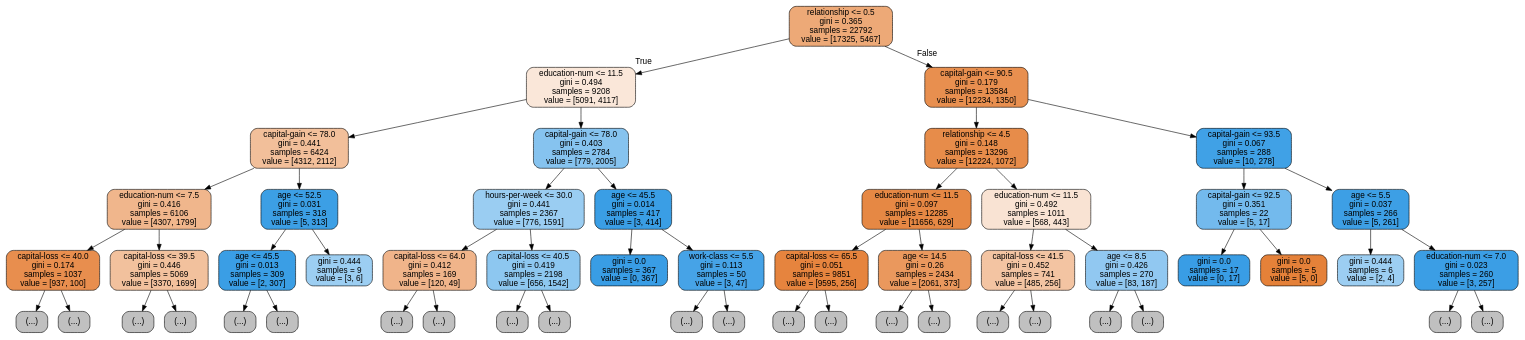
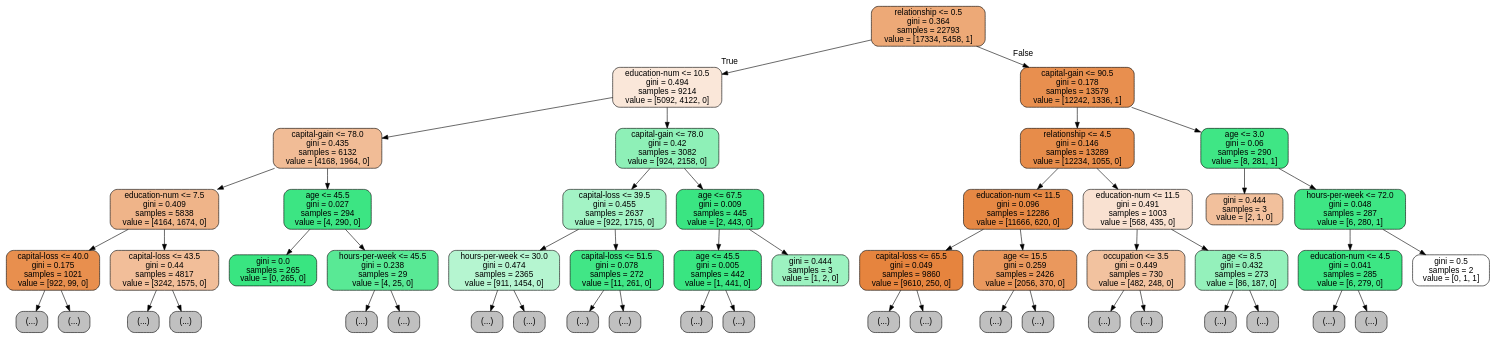
One commit to Banghyungjin/jupyter_test changed the diagram in tree.dot. Above: the diagram before and after it, drawn with Graphviz. The commit also changed 4 other files, not shown here.

```diff
--- a/tree.dot
+++ b/tree.dot
@@ -1,109 +1,105 @@
 digraph Tree {
 node [shape=box, style="filled, rounded", color="black", fontname=helvetica] ;
 edge [fontname=helvetica] ;
-0 [label="relationship <= 0.5\ngini = 0.365\nsamples = 22792\nvalue = [17325, 5467]", fillcolor="#eda977"] ;
-1 [label="education-num <= 11.5\ngini = 0.494\nsamples = 9208\nvalue = [5091, 4117]", fillcolor="#fae7d9"] ;
+0 [label="relationship <= 0.5\ngini = 0.364\nsamples = 22793\nvalue = [17334, 5458, 1]", fillcolor="#eda977"] ;
+1 [label="education-num <= 10.5\ngini = 0.494\nsamples = 9214\nvalue = [5092, 4122, 0]", fillcolor="#fae7d9"] ;
 0 -> 1 [labeldistance=2.5, labelangle=45, headlabel="True"] ;
-2 [label="capital-gain <= 78.0\ngini = 0.441\nsamples = 6424\nvalue = [4312, 2112]", fillcolor="#f2bf9a"] ;
+2 [label="capital-gain <= 78.0\ngini = 0.435\nsamples = 6132\nvalue = [4168, 1964, 0]", fillcolor="#f1bc96"] ;
 1 -> 2 ;
-3 [label="education-num <= 7.5\ngini = 0.416\nsamples = 6106\nvalue = [4307, 1799]", fillcolor="#f0b68c"] ;
+3 [label="education-num <= 7.5\ngini = 0.409\nsamples = 5838\nvalue = [4164, 1674, 0]", fillcolor="#efb489"] ;
 2 -> 3 ;
-4 [label="capital-loss <= 40.0\ngini = 0.174\nsamples = 1037\nvalue = [937, 100]", fillcolor="#e88e4e"] ;
+4 [label="capital-loss <= 40.0\ngini = 0.175\nsamples = 1021\nvalue = [922, 99, 0]", fillcolor="#e88f4e"] ;
 3 -> 4 ;
 5 [label="(...)", fillcolor="#C0C0C0"] ;
 4 -> 5 ;
-46 [label="(...)", fillcolor="#C0C0C0"] ;
-4 -> 46 ;
-51 [label="capital-loss <= 39.5\ngini = 0.446\nsamples = 5069\nvalue = [3370, 1699]", fillcolor="#f2c19d"] ;
-3 -> 51 ;
-52 [label="(...)", fillcolor="#C0C0C0"] ;
-51 -> 52 ;
-113 [label="(...)", fillcolor="#C0C0C0"] ;
-51 -> 113 ;
-136 [label="age <= 52.5\ngini = 0.031\nsamples = 318\nvalue = [5, 313]", fillcolor="#3c9fe5"] ;
-2 -> 136 ;
-137 [label="age <= 45.5\ngini = 0.013\nsamples = 309\nvalue = [2, 307]", fillcolor="#3a9ee5"] ;
-136 -> 137 ;
-138 [label="(...)", fillcolor="#C0C0C0"] ;
-137 -> 138 ;
-139 [label="(...)", fillcolor="#C0C0C0"] ;
-137 -> 139 ;
-142 [label="gini = 0.444\nsamples = 9\nvalue = [3, 6]", fillcolor="#9ccef2"] ;
-136 -> 142 ;
-143 [label="capital-gain <= 78.0\ngini = 0.403\nsamples = 2784\nvalue = [779, 2005]", fillcolor="#86c3ef"] ;
-1 -> 143 ;
-144 [label="hours-per-week <= 30.0\ngini = 0.441\nsamples = 2367\nvalue = [776, 1591]", fillcolor="#9acdf2"] ;
-143 -> 144 ;
-145 [label="capital-loss <= 64.0\ngini = 0.412\nsamples = 169\nvalue = [120, 49]", fillcolor="#f0b48a"] ;
-144 -> 145 ;
-146 [label="(...)", fillcolor="#C0C0C0"] ;
-145 -> 146 ;
-173 [label="(...)", fillcolor="#C0C0C0"] ;
-145 -> 173 ;
-174 [label="capital-loss <= 40.5\ngini = 0.419\nsamples = 2198\nvalue = [656, 1542]", fillcolor="#8dc7f0"] ;
-144 -> 174 ;
-175 [label="(...)", fillcolor="#C0C0C0"] ;
-174 -> 175 ;
-210 [label="(...)", fillcolor="#C0C0C0"] ;
-174 -> 210 ;
-219 [label="age <= 45.5\ngini = 0.014\nsamples = 417\nvalue = [3, 414]", fillcolor="#3a9ee5"] ;
-143 -> 219 ;
-220 [label="gini = 0.0\nsamples = 367\nvalue = [0, 367]", fillcolor="#399de5"] ;
-219 -> 220 ;
-221 [label="work-class <= 5.5\ngini = 0.113\nsamples = 50\nvalue = [3, 47]", fillcolor="#46a3e7"] ;
-219 -> 221 ;
-222 [label="(...)", fillcolor="#C0C0C0"] ;
-221 -> 222 ;
-225 [label="(...)", fillcolor="#C0C0C0"] ;
-221 -> 225 ;
-226 [label="capital-gain <= 90.5\ngini = 0.179\nsamples = 13584\nvalue = [12234, 1350]", fillcolor="#e88f4f"] ;
-0 -> 226 [labeldistance=2.5, labelangle=-45, headlabel="False"] ;
-227 [label="relationship <= 4.5\ngini = 0.148\nsamples = 13296\nvalue = [12224, 1072]", fillcolor="#e78c4a"] ;
-226 -> 227 ;
-228 [label="education-num <= 11.5\ngini = 0.097\nsamples = 12285\nvalue = [11656, 629]", fillcolor="#e68844"] ;
-227 -> 228 ;
-229 [label="capital-loss <= 65.5\ngini = 0.051\nsamples = 9851\nvalue = [9595, 256]", fillcolor="#e6843e"] ;
-228 -> 229 ;
-230 [label="(...)", fillcolor="#C0C0C0"] ;
-229 -> 230 ;
-289 [label="(...)", fillcolor="#C0C0C0"] ;
-229 -> 289 ;
-300 [label="age <= 14.5\ngini = 0.26\nsamples = 2434\nvalue = [2061, 373]", fillcolor="#ea985d"] ;
-228 -> 300 ;
-301 [label="(...)", fillcolor="#C0C0C0"] ;
-300 -> 301 ;
-340 [label="(...)", fillcolor="#C0C0C0"] ;
-300 -> 340 ;
-381 [label="education-num <= 11.5\ngini = 0.492\nsamples = 1011\nvalue = [568, 443]", fillcolor="#f9e3d3"] ;
-227 -> 381 ;
-382 [label="capital-loss <= 41.5\ngini = 0.452\nsamples = 741\nvalue = [485, 256]", fillcolor="#f3c4a2"] ;
-381 -> 382 ;
-383 [label="(...)", fillcolor="#C0C0C0"] ;
-382 -> 383 ;
-428 [label="(...)", fillcolor="#C0C0C0"] ;
-382 -> 428 ;
-431 [label="age <= 8.5\ngini = 0.426\nsamples = 270\nvalue = [83, 187]", fillcolor="#91c8f1"] ;
-381 -> 431 ;
-432 [label="(...)", fillcolor="#C0C0C0"] ;
-431 -> 432 ;
-435 [label="(...)", fillcolor="#C0C0C0"] ;
-431 -> 435 ;
-454 [label="capital-gain <= 93.5\ngini = 0.067\nsamples = 288\nvalue = [10, 278]", fillcolor="#40a1e6"] ;
-226 -> 454 ;
-455 [label="capital-gain <= 92.5\ngini = 0.351\nsamples = 22\nvalue = [5, 17]", fillcolor="#73baed"] ;
-454 -> 455 ;
-456 [label="gini = 0.0\nsamples = 17\nvalue = [0, 17]", fillcolor="#399de5"] ;
-455 -> 456 ;
-457 [label="gini = 0.0\nsamples = 5\nvalue = [5, 0]", fillcolor="#e58139"] ;
-455 -> 457 ;
-458 [label="age <= 5.5\ngini = 0.037\nsamples = 266\nvalue = [5, 261]", fillcolor="#3d9fe5"] ;
-454 -> 458 ;
-459 [label="gini = 0.444\nsamples = 6\nvalue = [2, 4]", fillcolor="#9ccef2"] ;
-458 -> 459 ;
-460 [label="education-num <= 7.0\ngini = 0.023\nsamples = 260\nvalue = [3, 257]", fillcolor="#3b9ee5"] ;
-458 -> 460 ;
-461 [label="(...)", fillcolor="#C0C0C0"] ;
-460 -> 461 ;
-462 [label="(...)", fillcolor="#C0C0C0"] ;
-460 -> 462 ;
+50 [label="(...)", fillcolor="#C0C0C0"] ;
+4 -> 50 ;
+57 [label="capital-loss <= 43.5\ngini = 0.44\nsamples = 4817\nvalue = [3242, 1575, 0]", fillcolor="#f2be99"] ;
+3 -> 57 ;
+58 [label="(...)", fillcolor="#C0C0C0"] ;
+57 -> 58 ;
+115 [label="(...)", fillcolor="#C0C0C0"] ;
+57 -> 115 ;
+140 [label="age <= 45.5\ngini = 0.027\nsamples = 294\nvalue = [4, 290, 0]", fillcolor="#3ce583"] ;
+2 -> 140 ;
+141 [label="gini = 0.0\nsamples = 265\nvalue = [0, 265, 0]", fillcolor="#39e581"] ;
+140 -> 141 ;
+142 [label="hours-per-week <= 45.5\ngini = 0.238\nsamples = 29\nvalue = [4, 25, 0]", fillcolor="#59e995"] ;
+140 -> 142 ;
+143 [label="(...)", fillcolor="#C0C0C0"] ;
+142 -> 143 ;
+150 [label="(...)", fillcolor="#C0C0C0"] ;
+142 -> 150 ;
+151 [label="capital-gain <= 78.0\ngini = 0.42\nsamples = 3082\nvalue = [924, 2158, 0]", fillcolor="#8ef0b7"] ;
+1 -> 151 ;
+152 [label="capital-loss <= 39.5\ngini = 0.455\nsamples = 2637\nvalue = [922, 1715, 0]", fillcolor="#a3f3c5"] ;
+151 -> 152 ;
+153 [label="hours-per-week <= 30.0\ngini = 0.474\nsamples = 2365\nvalue = [911, 1454, 0]", fillcolor="#b5f5d0"] ;
+152 -> 153 ;
+154 [label="(...)", fillcolor="#C0C0C0"] ;
+153 -> 154 ;
+187 [label="(...)", fillcolor="#C0C0C0"] ;
+153 -> 187 ;
+242 [label="capital-loss <= 51.5\ngini = 0.078\nsamples = 272\nvalue = [11, 261, 0]", fillcolor="#41e686"] ;
+152 -> 242 ;
+243 [label="(...)", fillcolor="#C0C0C0"] ;
+242 -> 243 ;
+250 [label="(...)", fillcolor="#C0C0C0"] ;
+242 -> 250 ;
+257 [label="age <= 67.5\ngini = 0.009\nsamples = 445\nvalue = [2, 443, 0]", fillcolor="#3ae582"] ;
+151 -> 257 ;
+258 [label="age <= 45.5\ngini = 0.005\nsamples = 442\nvalue = [1, 441, 0]", fillcolor="#39e581"] ;
+257 -> 258 ;
+259 [label="(...)", fillcolor="#C0C0C0"] ;
+258 -> 259 ;
+260 [label="(...)", fillcolor="#C0C0C0"] ;
+258 -> 260 ;
+265 [label="gini = 0.444\nsamples = 3\nvalue = [1, 2, 0]", fillcolor="#9cf2c0"] ;
+257 -> 265 ;
+266 [label="capital-gain <= 90.5\ngini = 0.178\nsamples = 13579\nvalue = [12242, 1336, 1]", fillcolor="#e88f4f"] ;
+0 -> 266 [labeldistance=2.5, labelangle=-45, headlabel="False"] ;
+267 [label="relationship <= 4.5\ngini = 0.146\nsamples = 13289\nvalue = [12234, 1055, 0]", fillcolor="#e78c4a"] ;
+266 -> 267 ;
+268 [label="education-num <= 11.5\ngini = 0.096\nsamples = 12286\nvalue = [11666, 620, 0]", fillcolor="#e68844"] ;
+267 -> 268 ;
+269 [label="capital-loss <= 65.5\ngini = 0.049\nsamples = 9860\nvalue = [9610, 250, 0]", fillcolor="#e6843e"] ;
+268 -> 269 ;
+270 [label="(...)", fillcolor="#C0C0C0"] ;
+269 -> 270 ;
+321 [label="(...)", fillcolor="#C0C0C0"] ;
+269 -> 321 ;
+336 [label="age <= 15.5\ngini = 0.259\nsamples = 2426\nvalue = [2056, 370, 0]", fillcolor="#ea985d"] ;
+268 -> 336 ;
+337 [label="(...)", fillcolor="#C0C0C0"] ;
+336 -> 337 ;
+384 [label="(...)", fillcolor="#C0C0C0"] ;
+336 -> 384 ;
+425 [label="education-num <= 11.5\ngini = 0.491\nsamples = 1003\nvalue = [568, 435, 0]", fillcolor="#f9e1d1"] ;
+267 -> 425 ;
+426 [label="occupation <= 3.5\ngini = 0.449\nsamples = 730\nvalue = [482, 248, 0]", fillcolor="#f2c29f"] ;
+425 -> 426 ;
+427 [label="(...)", fillcolor="#C0C0C0"] ;
+426 -> 427 ;
+468 [label="(...)", fillcolor="#C0C0C0"] ;
+426 -> 468 ;
+507 [label="age <= 8.5\ngini = 0.432\nsamples = 273\nvalue = [86, 187, 0]", fillcolor="#94f1bb"] ;
+425 -> 507 ;
+508 [label="(...)", fillcolor="#C0C0C0"] ;
+507 -> 508 ;
+515 [label="(...)", fillcolor="#C0C0C0"] ;
+507 -> 515 ;
+542 [label="age <= 3.0\ngini = 0.06\nsamples = 290\nvalue = [8, 281, 1]", fillcolor="#3fe685"] ;
+266 -> 542 ;
+543 [label="gini = 0.444\nsamples = 3\nvalue = [2, 1, 0]", fillcolor="#f2c09c"] ;
+542 -> 543 ;
+544 [label="hours-per-week <= 72.0\ngini = 0.048\nsamples = 287\nvalue = [6, 280, 1]", fillcolor="#3ee684"] ;
+542 -> 544 ;
+545 [label="education-num <= 4.5\ngini = 0.041\nsamples = 285\nvalue = [6, 279, 0]", fillcolor="#3de684"] ;
+544 -> 545 ;
+546 [label="(...)", fillcolor="#C0C0C0"] ;
+545 -> 546 ;
+547 [label="(...)", fillcolor="#C0C0C0"] ;
+545 -> 547 ;
+562 [label="gini = 0.5\nsamples = 2\nvalue = [0, 1, 1]", fillcolor="#ffffff"] ;
+544 -> 562 ;
 }
```
